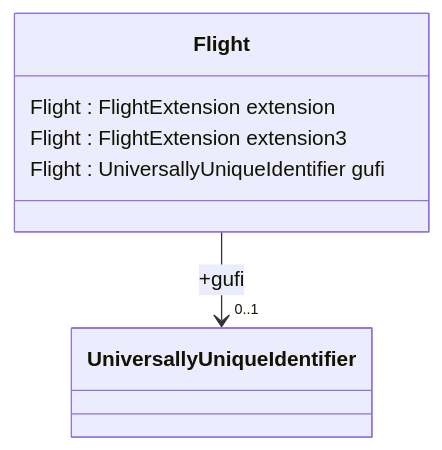
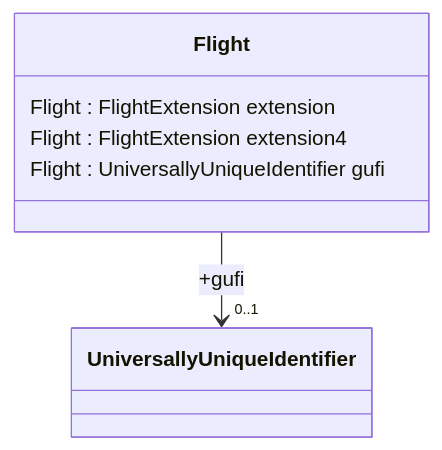
One commit to du-lapin/test_docsify changed the second of 4 diagrams in docs/fixm/FIXM_UML_in_mermaid.md. Above: the diagram before and after it, drawn with Mermaid.

````diff
--- a/docs/fixm/FIXM_UML_in_mermaid.md
+++ b/docs/fixm/FIXM_UML_in_mermaid.md
@@ -24,9 +24,9 @@
 ```mermaid
 classDiagram
 class Flight{
 Flight : FlightExtension extension
-Flight : FlightExtension extension3
+Flight : FlightExtension extension4
 Flight : UniversallyUniqueIdentifier gufi
 }
 Flight --> "0..1"  UniversallyUniqueIdentifier : +gufi
 ```
````
